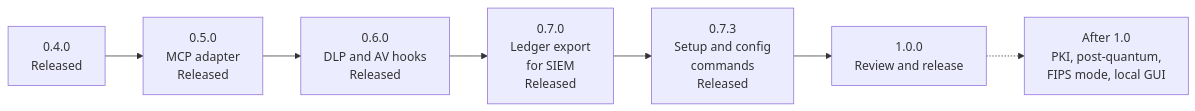
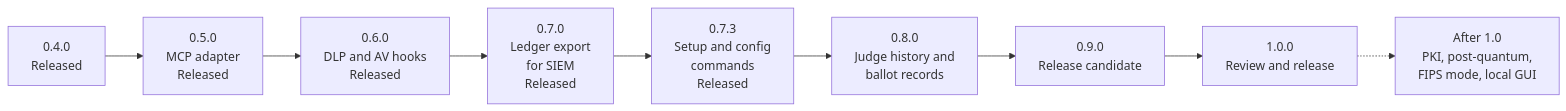
Before and after one commit to Insomniac-VibeLabs/two-key: the fourth of 4 diagrams in README.md, drawn with Mermaid. The commit also changed other lines of this file and 2 other files, not shown here.

First line of the commit message:
Roadmap: 0.8.0 and 0.9.0 in the README and ROADMAP diagrams and tables

````diff
--- a/README.md
+++ b/README.md
@@ -675,9 +676,11 @@
 ```mermaid
 flowchart LR
   r04["0.4.0<br/>Released"] --> r05["0.5.0<br/>MCP adapter<br/>Released"]
   r05 --> r06["0.6.0<br/>DLP and AV hooks<br/>Released"]
   r06 --> r07["0.7.0<br/>Ledger export<br/>for SIEM<br/>Released"]
   r07 --> r073["0.7.3<br/>Setup and config<br/>commands<br/>Released"]
-  r073 --> r10["1.0.0<br/>Review and release"]
+  r073 --> r08["0.8.0<br/>Judge history and<br/>ballot records"]
+  r08 --> r09["0.9.0<br/>Release candidate"]
+  r09 --> r10["1.0.0<br/>Review and release"]
   r10 -.-> after["After 1.0<br/>PKI, post-quantum,<br/>FIPS mode, local GUI"]
 ```
````
